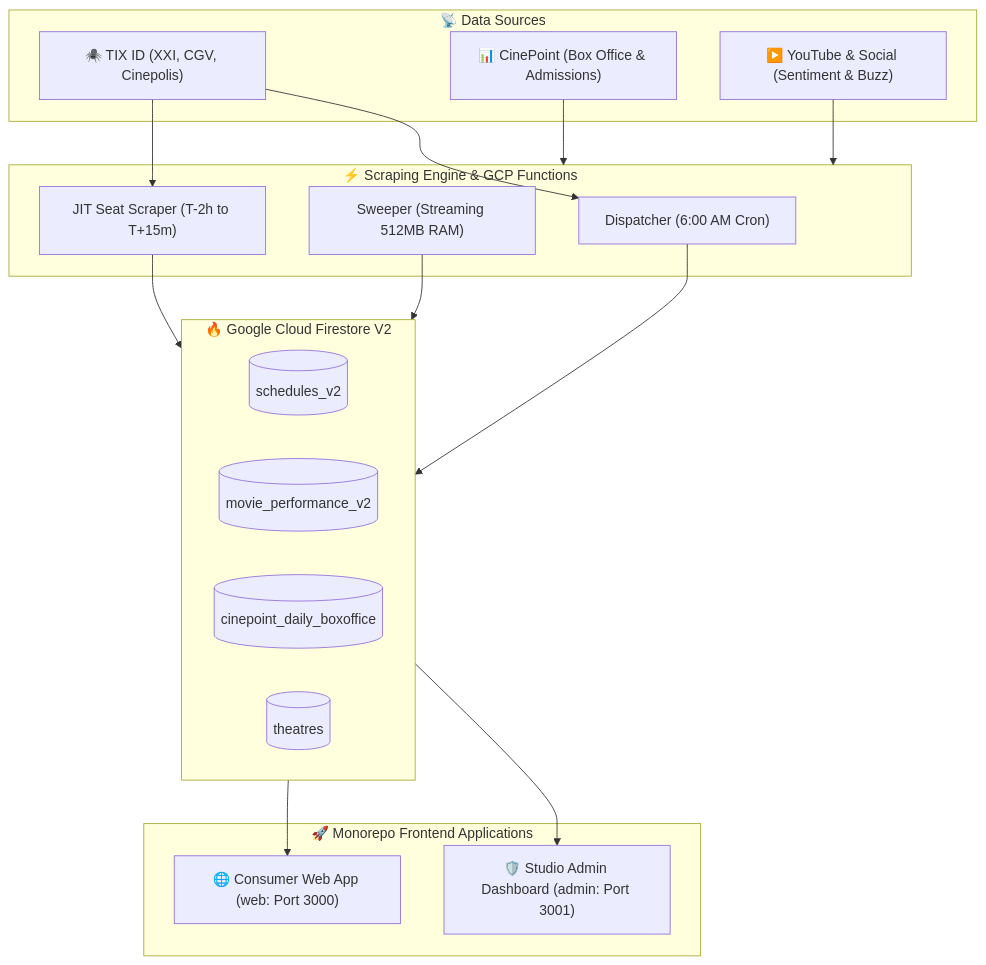
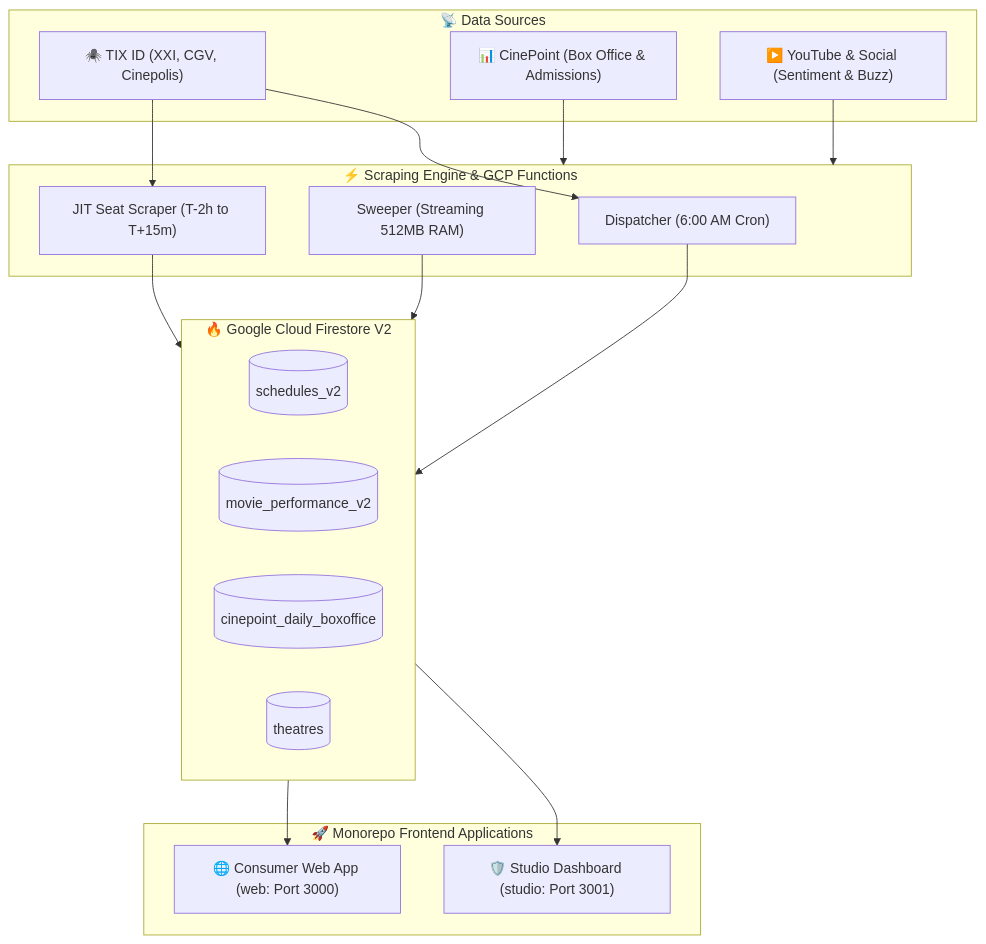
Before and after one commit to okihita/CineRadar: the diagram in README.md, drawn with Mermaid. The commit also changed other lines of this file and 344 other files, not shown here.

Commit message:
chore(all): rename admin to studio across monorepo and workflows

````diff
--- a/README.md
+++ b/README.md
@@ -16,33 +16,33 @@
 ```mermaid
 flowchart TB
     subgraph Sources ["📡 Data Sources"]
         TIX["🕷️ TIX ID (XXI, CGV, Cinepolis)"]
         CP["📊 CinePoint (Box Office & Admissions)"]
         YT["▶️ YouTube & Social (Sentiment & Buzz)"]
     end
 
     subgraph Backend ["⚡ Scraping Engine & GCP Functions"]
         Disp["Dispatcher (6:00 AM Cron)"]
         Sweep["Sweeper (Streaming 512MB RAM)"]
         JIT["JIT Seat Scraper (T-2h to T+15m)"]
     end
 
     subgraph Storage ["🔥 Google Cloud Firestore V2"]
         Schedules[("schedules_v2")]
         Perf[("movie_performance_v2")]
         BoxOffice[("cinepoint_daily_boxoffice")]
         Theatres[("theatres")]
     end
 
     subgraph Frontend ["🚀 Monorepo Frontend Applications"]
-        Admin["🛡️ Studio Admin Dashboard (admin: Port 3001)"]
+        Studio["🛡️ Studio Dashboard (studio: Port 3001)"]
         Web["🌐 Consumer Web App (web: Port 3000)"]
     end
 
     TIX --> Disp & JIT
     CP --> Backend
     YT --> Backend
     Disp & Sweep & JIT --> Storage
-    Storage --> Admin
+    Storage --> Studio
     Storage --> Web
 ```
````
